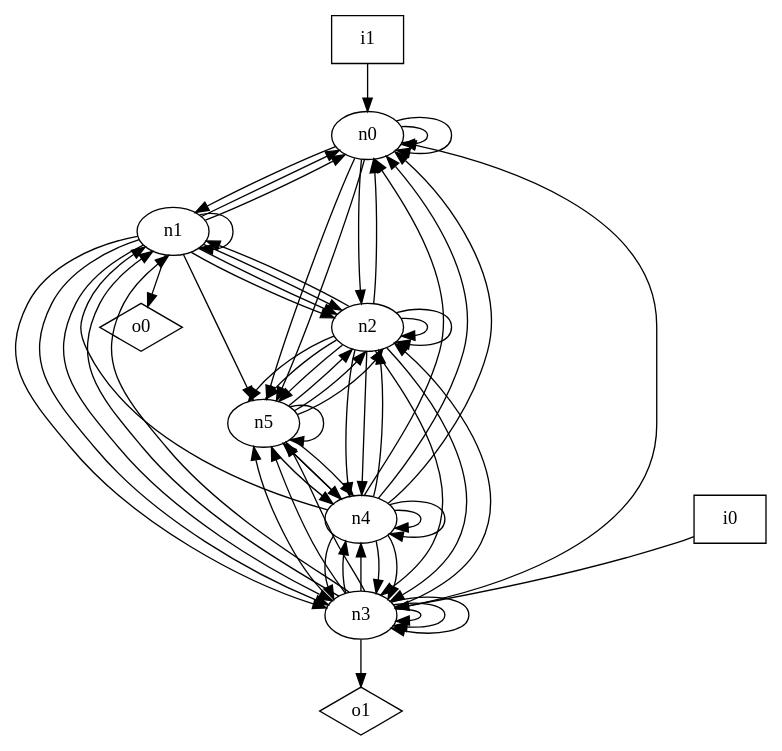
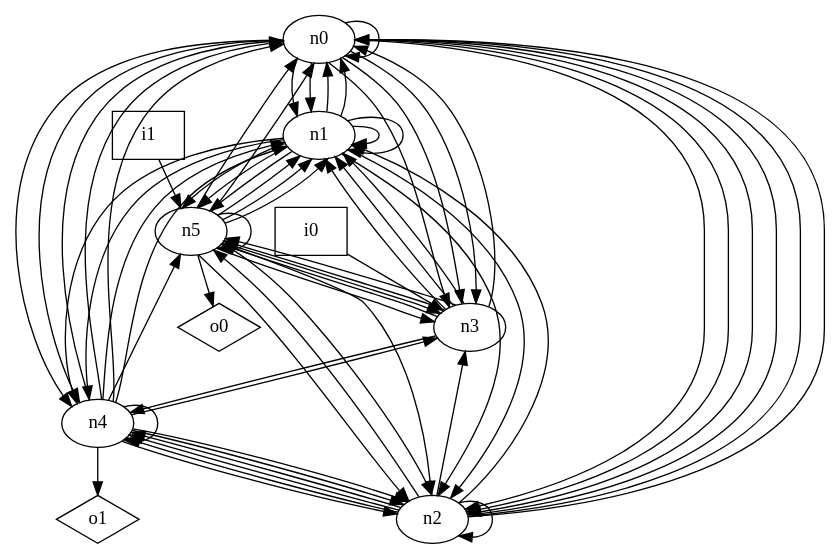
One commit to p9romain/bool-circuits changed the diagram in dot_files/random_graph/graph.dot. Above: the diagram before and after it, drawn with Graphviz. The commit also changed 73 other files, not shown here.

```diff
--- a/dot_files/random_graph/graph.dot
+++ b/dot_files/random_graph/graph.dot
@@ -1,73 +1,78 @@
 digraph G {
 n0 [label="n0"];
 n1 [label="n1"];
 n2 [label="n2"];
 n3 [label="n3"];
 n4 [label="n4"];
 n5 [label="n5"];
 n6 [label="i0",shape="box"];
 n7 [label="i1",shape="box"];
 n8 [label="o0",shape="diamond"];
 n9 [label="o1",shape="diamond"];
 n0 -> n0
-n0 -> n0
+n0 -> n1
 n0 -> n1
 n0 -> n2
-n0 -> n5
-n0 -> n5
+n0 -> n2
+n0 -> n2
+n0 -> n3
+n0 -> n3
+n0 -> n3
+n0 -> n4
+n0 -> n4
 n1 -> n0
 n1 -> n0
 n1 -> n1
+n1 -> n1
 n1 -> n2
 n1 -> n2
-n1 -> n2
-n1 -> n3
-n1 -> n3
-n1 -> n3
+n1 -> n4
+n1 -> n4
 n1 -> n5
-n1 -> n8
+n1 -> n5
+n1 -> n5
+n2 -> n0
+n2 -> n0
 n2 -> n0
 n2 -> n1
 n2 -> n2
-n2 -> n2
-n2 -> n3
 n2 -> n3
 n2 -> n4
 n2 -> n4
-n2 -> n5
-n2 -> n5
+n2 -> n4
 n2 -> n5
 n3 -> n0
 n3 -> n1
 n3 -> n1
-n3 -> n2
-n3 -> n3
-n3 -> n3
-n3 -> n3
-n3 -> n4
+n3 -> n1
 n3 -> n4
 n3 -> n5
 n3 -> n5
 n3 -> n5
-n3 -> n9
 n4 -> n0
 n4 -> n0
 n4 -> n0
 n4 -> n1
+n4 -> n1
+n4 -> n2
+n4 -> n2
 n4 -> n2
 n4 -> n3
-n4 -> n3
-n4 -> n3
-n4 -> n4
 n4 -> n4
 n4 -> n5
+n4 -> n9
+n5 -> n0
+n5 -> n0
+n5 -> n1
+n5 -> n1
+n5 -> n1
 n5 -> n2
 n5 -> n2
 n5 -> n2
-n5 -> n4
-n5 -> n4
-n5 -> n4
+n5 -> n3
+n5 -> n3
 n5 -> n5
+n5 -> n8
 n6 -> n3
-n7 -> n0
+n7 -> n5
 }
```
